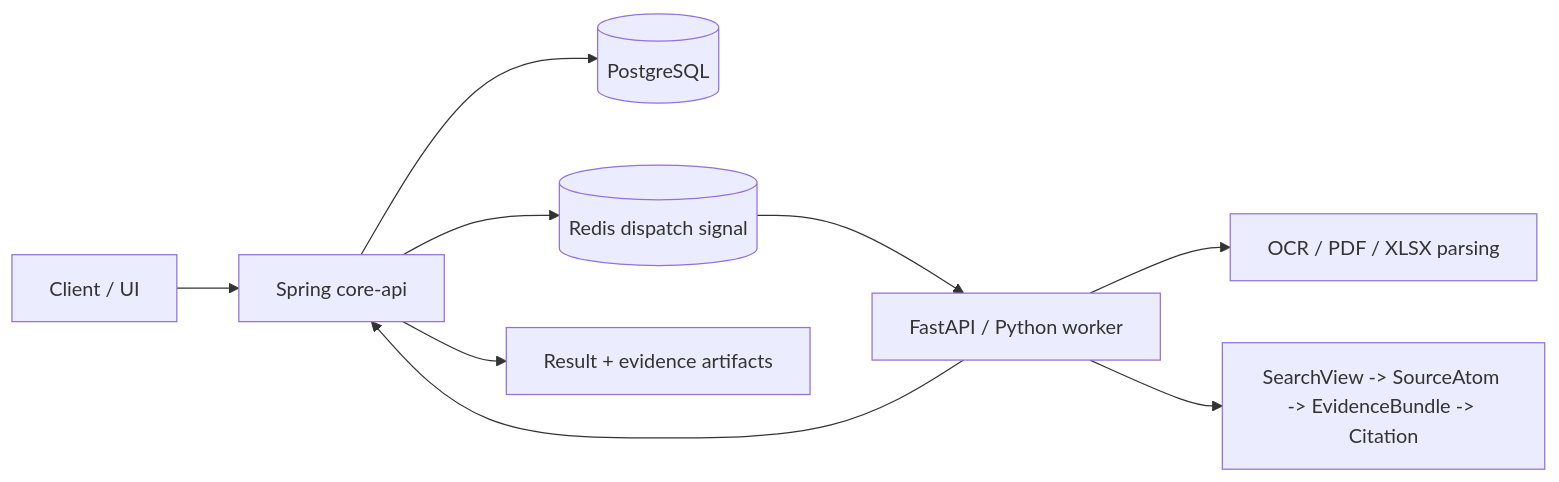
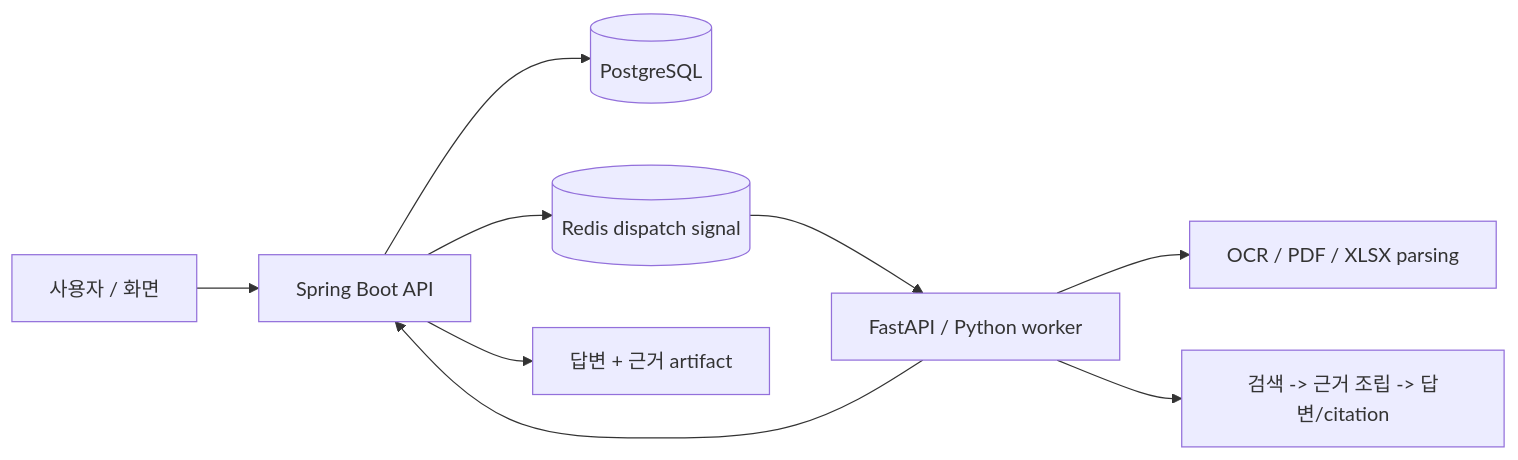
Before and after one commit to sfr9802/async-ai-document-pipeline-with-domain-rag: the diagram in README.md, drawn with Mermaid. The commit also changed other lines of this file, not shown here.

````diff
--- a/README.md
+++ b/README.md
@@ -44,11 +87,11 @@
 ```mermaid
 flowchart LR
-    Client["Client / UI"] --> Core["Spring core-api"]
+    Client["사용자 / 화면"] --> Core["Spring Boot API"]
     Core --> DB[("PostgreSQL")]
     Core --> Redis[("Redis dispatch signal")]
     Redis --> Worker["FastAPI / Python worker"]
     Worker --> Parse["OCR / PDF / XLSX parsing"]
-    Worker --> RAG["SearchView -> SourceAtom -> EvidenceBundle -> Citation"]
+    Worker --> RAG["검색 -> 근거 조립 -> 답변/citation"]
     Worker --> Core
-    Core --> Result["Result + evidence artifacts"]
+    Core --> Result["답변 + 근거 artifact"]
 ```
````
